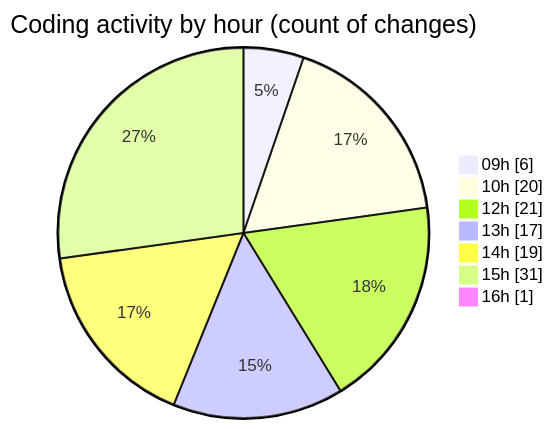
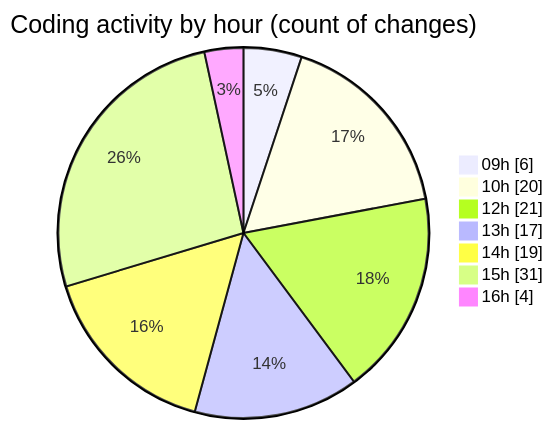
Before and after one commit to becaeroporto-bot/code-tracking: the second of 2 diagrams in 2026-02-18/bot_v1_2/README.md, drawn with Mermaid. The commit also changed other lines of this file and 1 other file, not shown here.

````diff
--- a/2026-02-18/bot_v1_2/README.md
+++ b/2026-02-18/bot_v1_2/README.md
@@ -56,11 +56,11 @@
 ```mermaid
 pie showData
 title Coding activity by hour (count of changes)
 "09h" : 6
 "10h" : 20
 "12h" : 21
 "13h" : 17
 "14h" : 19
 "15h" : 31
-"16h" : 1
+"16h" : 4
 ```
````
